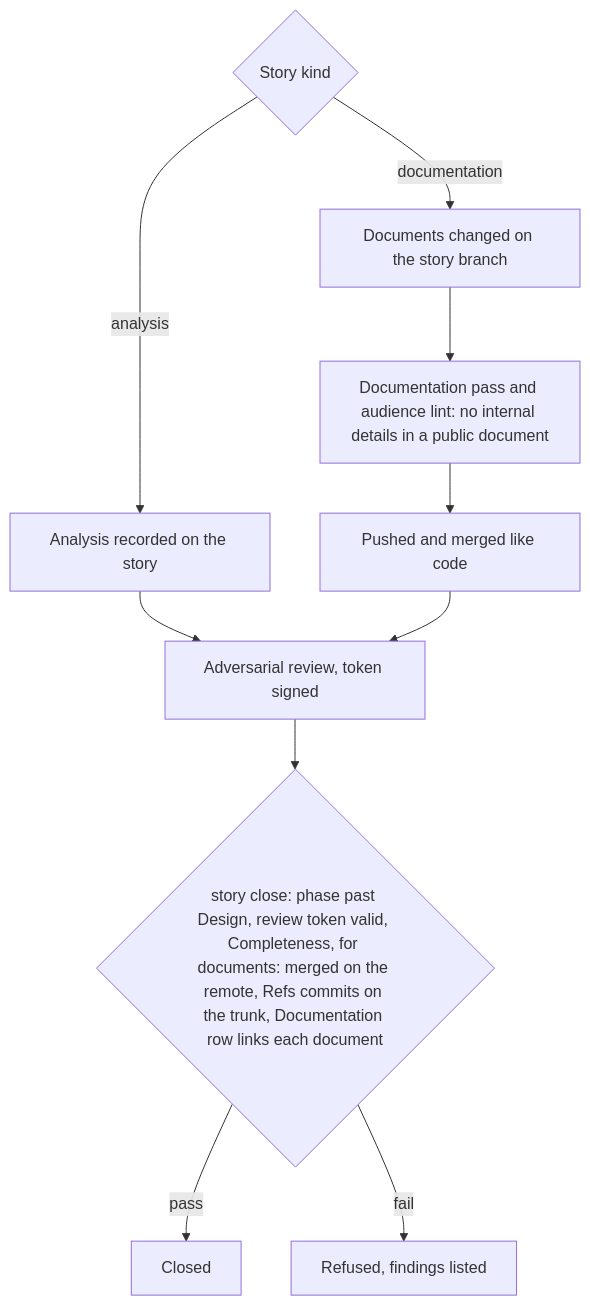
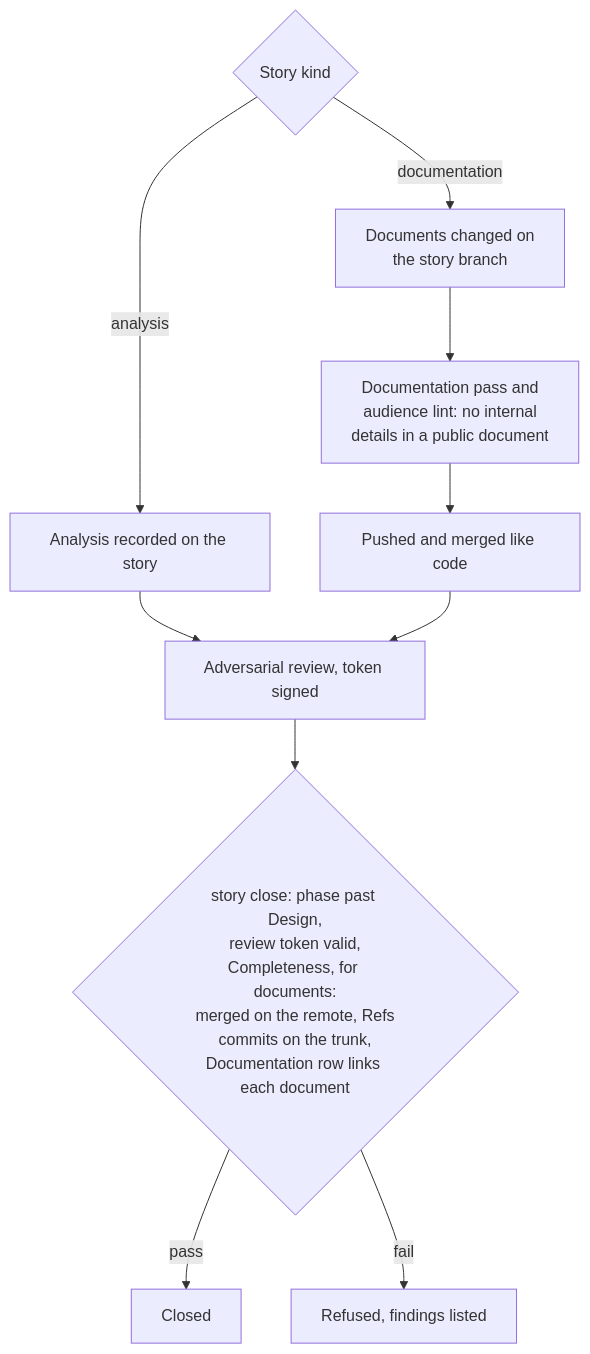
One commit to DogmaSolutions/Kyklos changed the diagram in docs/WORKFLOW_SCENARIO_5.md. Above: the diagram before and after it, drawn with Mermaid. The commit also changed 38 other files, not shown here.

````diff
--- a/docs/WORKFLOW_SCENARIO_5.md
+++ b/docs/WORKFLOW_SCENARIO_5.md
@@ -36,12 +36,12 @@
 ```mermaid
 flowchart TD
-    K{"Story kind"} -->|"documentation"| DOC["Documents changed on the story branch"]
+    K{"Story kind"} -->|"documentation"| DOC["Documents changed on<br/>the story branch"]
     K -->|"analysis"| AN["Analysis recorded on the story"]
-    DOC --> L["Documentation pass and audience lint: no internal details in a public document"]
+    DOC --> L["Documentation pass and<br/>audience lint: no internal<br/>details in a public document"]
     L --> P["Pushed and merged like code"]
     AN --> R
     P --> R["Adversarial review, token signed"]
-    R --> CL{"story close: phase past Design, review token valid, Completeness, for documents: merged on the remote, Refs commits on the trunk, Documentation row links each document"}
+    R --> CL{"story close: phase past Design,<br/>review token valid,<br/>Completeness, for documents:<br/>merged on the remote, Refs<br/>commits on the trunk,<br/>Documentation row links each document"}
     CL -->|"pass"| D["Closed"]
     CL -->|"fail"| X["Refused, findings listed"]
 ```
````
